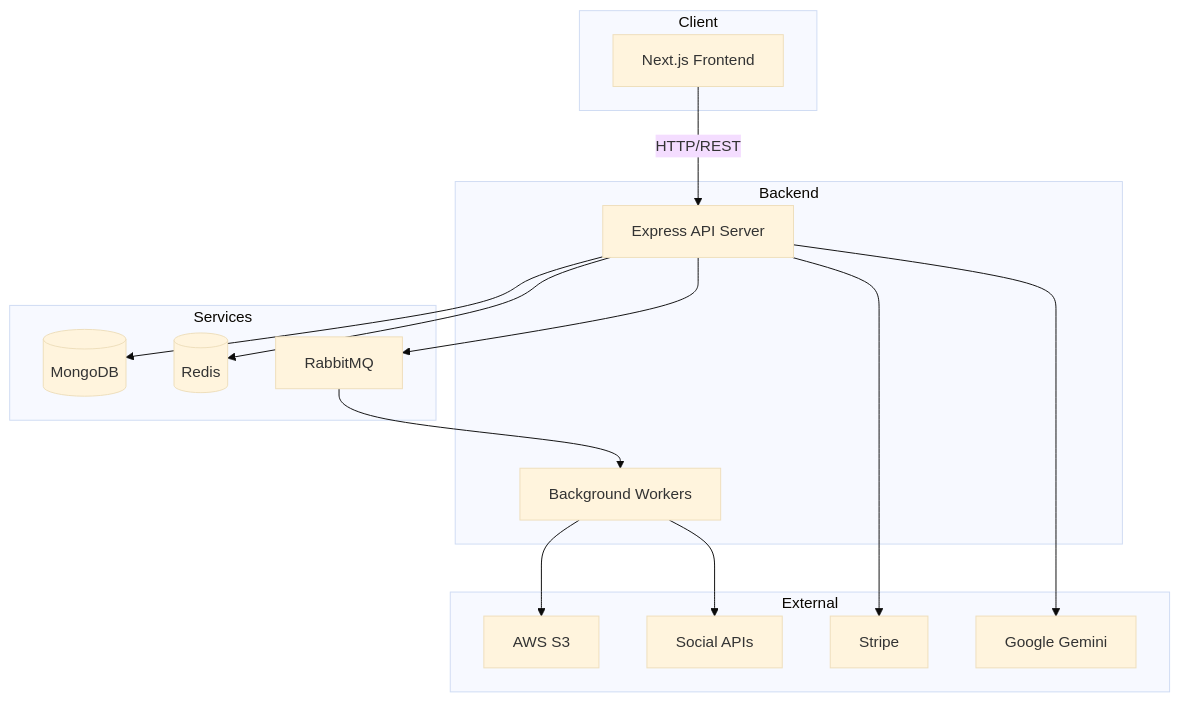
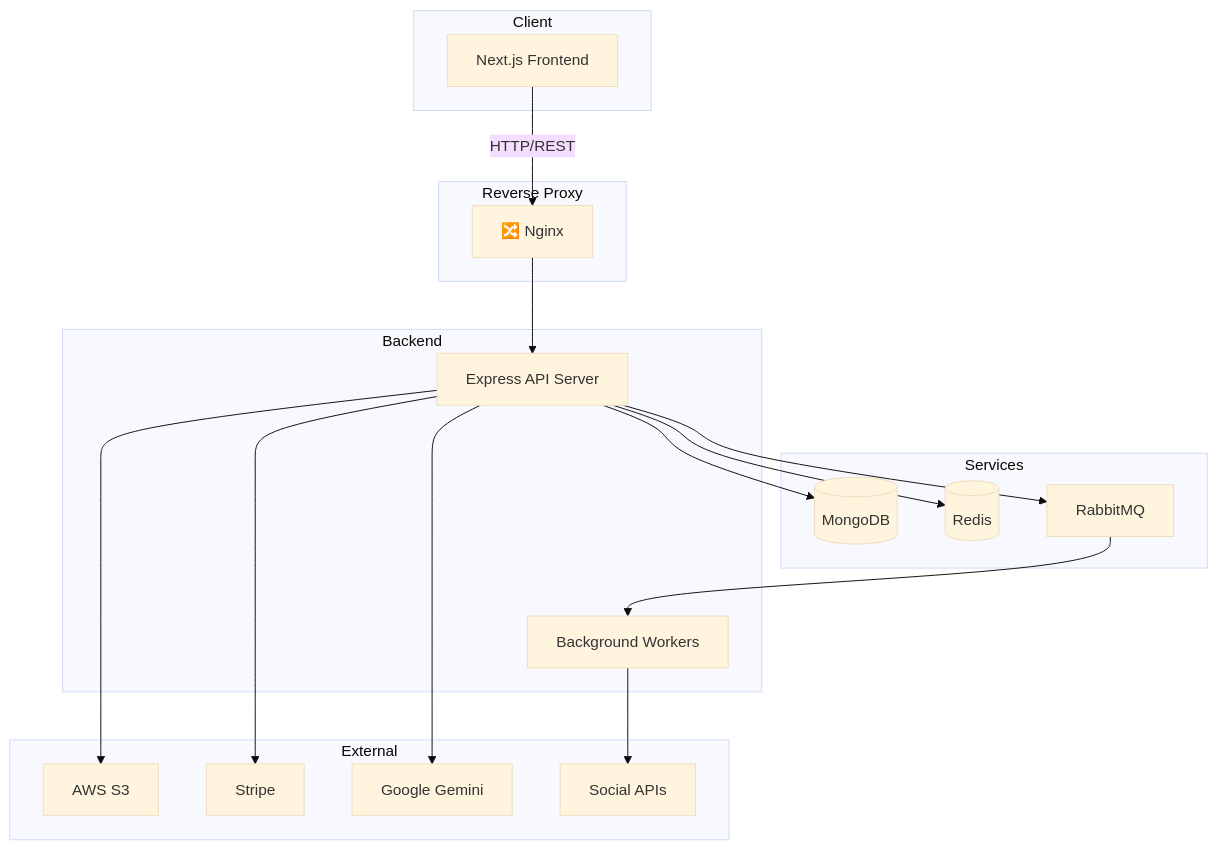
One commit to devxtra-community/hayon changed the first of 2 diagrams in README.md. Above: the diagram before and after it, drawn with Mermaid (base theme). The commit also changed other lines of this file, not shown here.

````diff
--- a/README.md
+++ b/README.md
@@ -352,34 +352,39 @@
 ```mermaid
 graph TB
     subgraph Client
         A[Next.js Frontend]
+    end
+    
+    subgraph Reverse Proxy
+        N[🔀 Nginx]
     end
     
     subgraph Backend
         B[Express API Server]
         C[Background Workers]
     end
     
     subgraph Services
         D[(MongoDB)]
         E[(Redis)]
         F[RabbitMQ]
     end
     
     subgraph External
         G[AWS S3]
         H[Stripe]
         I[Google Gemini]
         J[Social APIs]
     end
     
-    A -->|HTTP/REST| B
+    A -->|HTTP/REST| N
+    N --> B
     B --> D
     B --> E
     B --> F
-    F --> C
-    C --> G
-    C --> J
+    B --> G
     B --> H
     B --> I
+    F --> C
+    C --> J
 ```
````
